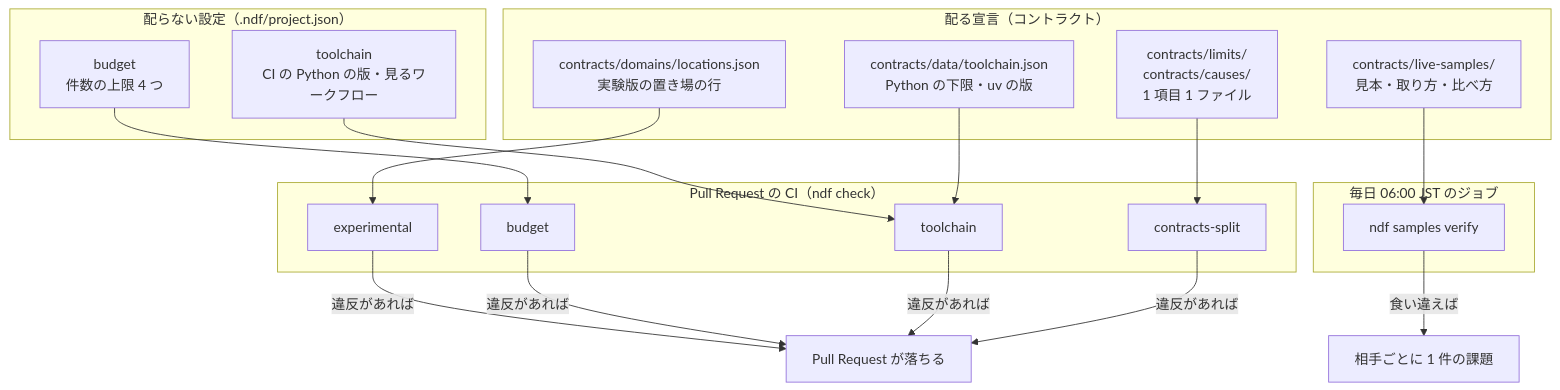
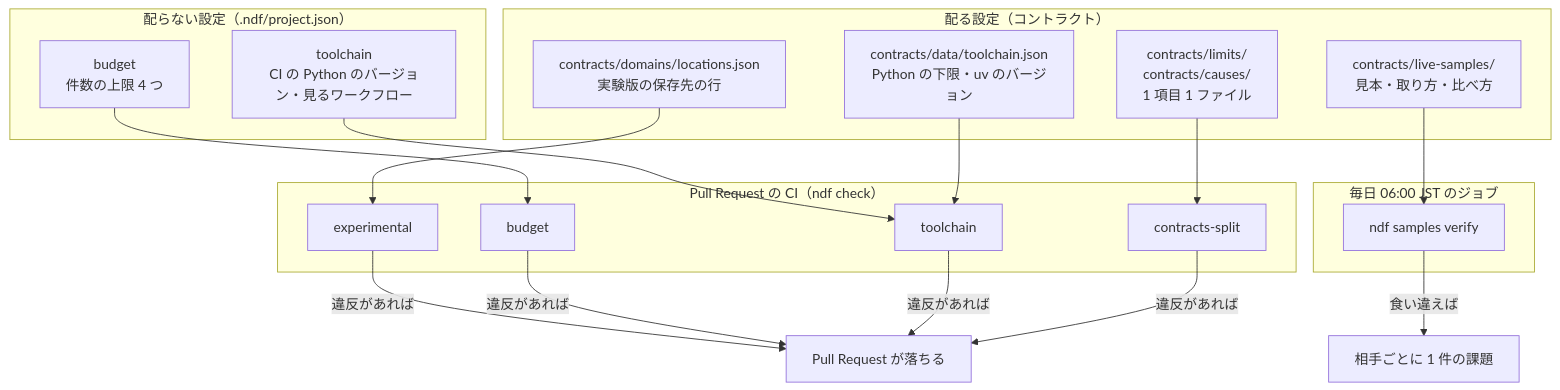
The second of 5 diagrams in issues/issue-3687-design.md (devbasex/ai-plugins), drawn with Mermaid before and after one commit. The commit also changed other lines of this file and 5 other files, not shown here.

````diff
--- a/issues/issue-3687-design.md
+++ b/issues/issue-3687-design.md
@@ -59,30 +59,30 @@
 ```mermaid
 flowchart TB
-  subgraph decl["配る宣言（コントラクト）"]
+  subgraph decl["配る設定（コントラクト）"]
     A["contracts/limits/<br/>contracts/causes/<br/>1 項目 1 ファイル"]
-    B["contracts/data/toolchain.json<br/>Python の下限・uv の版"]
+    B["contracts/data/toolchain.json<br/>Python の下限・uv のバージョン"]
     C["contracts/live-samples/<br/>見本・取り方・比べ方"]
-    D["contracts/domains/locations.json<br/>実験版の置き場の行"]
+    D["contracts/domains/locations.json<br/>実験版の保存先の行"]
   end
   subgraph cfg["配らない設定（.ndf/project.json）"]
-    E["toolchain<br/>CI の Python の版・見るワークフロー"]
+    E["toolchain<br/>CI の Python のバージョン・見るワークフロー"]
     F["budget<br/>件数の上限 4 つ"]
   end
   subgraph pr["Pull Request の CI（ndf check）"]
     R1["contracts-split"]
     R2["toolchain"]
     R3["budget"]
     R4["experimental"]
   end
   subgraph daily["毎日 06:00 JST のジョブ"]
     V["ndf samples verify"]
   end
   A --> R1
   B --> R2
   E --> R2
   F --> R3
   C --> V
   D --> R4
   V -->|食い違えば| I["相手ごとに 1 件の課題"]
   R1 & R2 & R3 & R4 -->|違反があれば| X["Pull Request が落ちる"]
 ```
````
